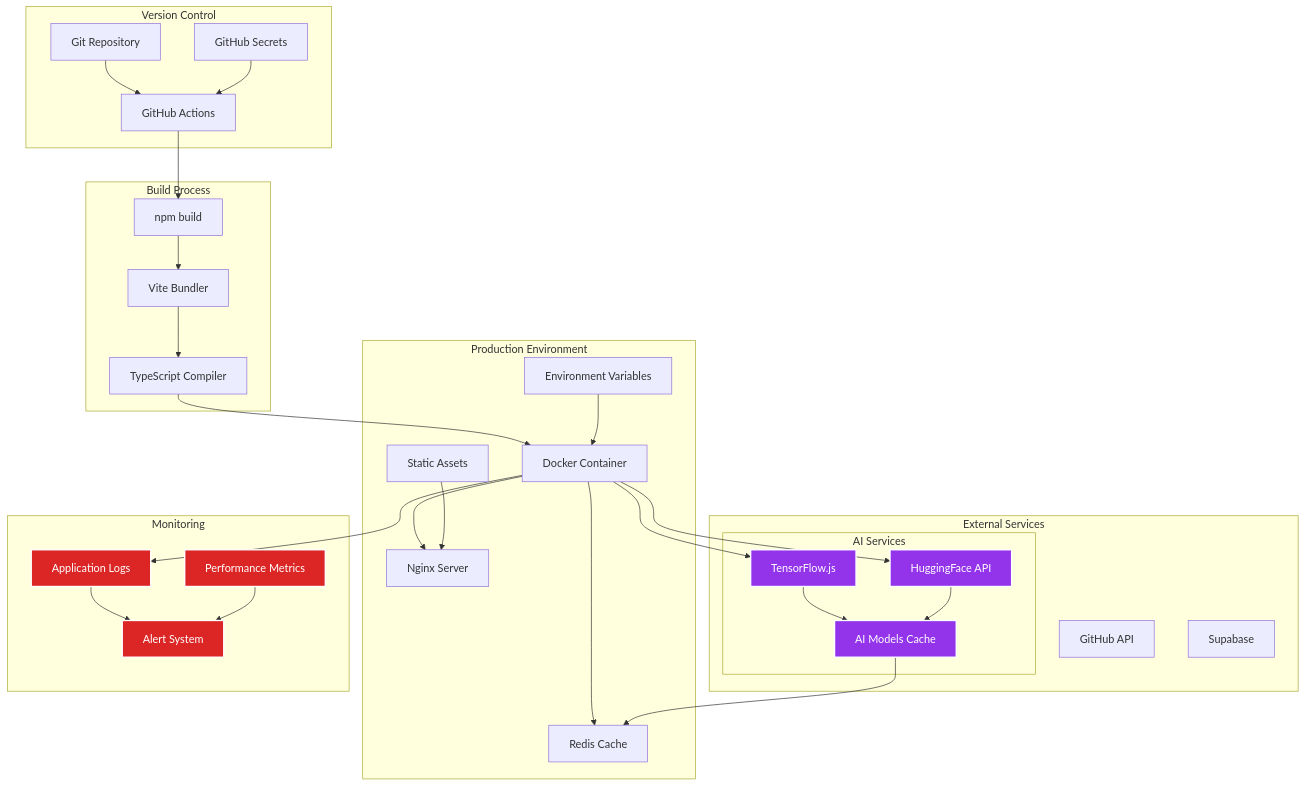
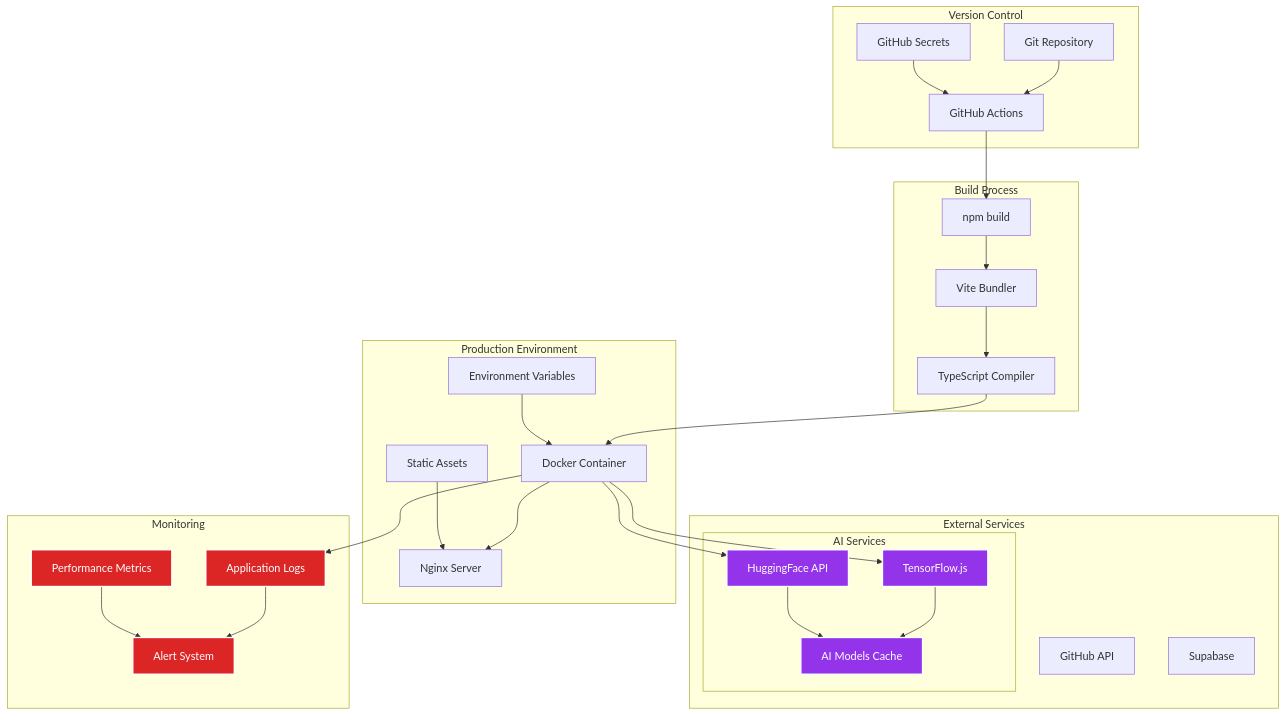
One commit to nathan-myers/Maverick-AI changed the third of 4 diagrams in README.md. Above: the diagram before and after it, drawn with Mermaid.

````diff
--- a/README.md
+++ b/README.md
@@ -214,69 +214,70 @@
 ```mermaid
+
 graph TB
     subgraph "Production Environment"
         NGINX[Nginx Server]
         DOCKER[Docker Container]
         ENV[Environment Variables]
         STATIC[Static Assets]
-        CACHE[Redis Cache]
+        
     end
 
     subgraph "Build Process"
         NPM[npm build]
         VITE[Vite Bundler]
         TS[TypeScript Compiler]
     end
 
     subgraph "Version Control"
         GIT[Git Repository]
         GHA[GitHub Actions]
         SECRETS[GitHub Secrets]
     end
 
     subgraph "External Services"
         GITHUB[GitHub API]
         SUPABASE[Supabase]
         subgraph "AI Services"
             TF[TensorFlow.js]
             HF[HuggingFace API]
             MODELS[AI Models Cache]
         end
     end
 
     subgraph "Monitoring"
         LOGS[Application Logs]
         METRICS[Performance Metrics]
         ALERTS[Alert System]
     end
 
     GIT --> GHA
     SECRETS --> GHA
     GHA --> NPM
     NPM --> VITE
     VITE --> TS
     TS --> DOCKER
     DOCKER --> NGINX
     ENV --> DOCKER
     STATIC --> NGINX
     
     DOCKER --> TF
     DOCKER --> HF
     TF --> MODELS
     HF --> MODELS
     
-    DOCKER --> CACHE
-    MODELS --> CACHE
+    
     
     DOCKER --> LOGS
     LOGS --> ALERTS
     METRICS --> ALERTS
     
     classDef primary fill:#2563eb,stroke:#fff,stroke-width:2px,color:#fff
     classDef secondary fill:#4b5563,stroke:#fff,stroke-width:2px,color:#fff
     classDef external fill:#059669,stroke:#fff,stroke-width:2px,color:#fff
     classDef ai fill:#9333ea,stroke:#fff,stroke-width:2px,color:#fff
     classDef monitoring fill:#dc2626,stroke:#fff,stroke-width:2px,color:#fff
 
     class TF,HF,MODELS ai
     class LOGS,METRICS,ALERTS monitoring
+
 ```
````
